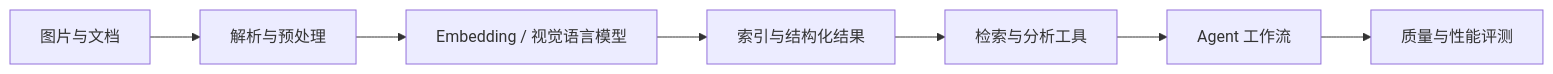
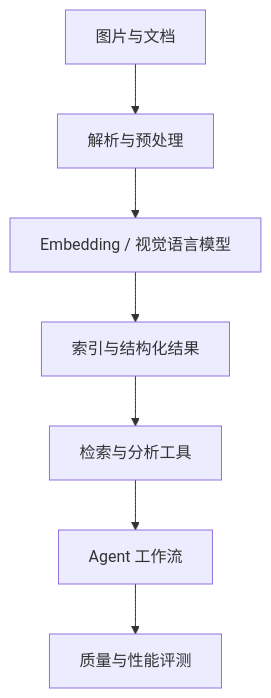
The diagram in docs/Projects/index.md (tkzzzzzz6/My-CS-Notebook), drawn with Mermaid before and after one commit.

Commit message:
Improve readability of the project pipeline diagram

````diff
--- a/docs/Projects/index.md
+++ b/docs/Projects/index.md
@@ -17,9 +17,9 @@
 ```mermaid
-flowchart LR
+flowchart TB
     A[图片与文档] --> B[解析与预处理]
     B --> C[Embedding / 视觉语言模型]
     C --> D[索引与结构化结果]
     D --> E[检索与分析工具]
     E --> F[Agent 工作流]
     F --> G[质量与性能评测]
 ```
````
